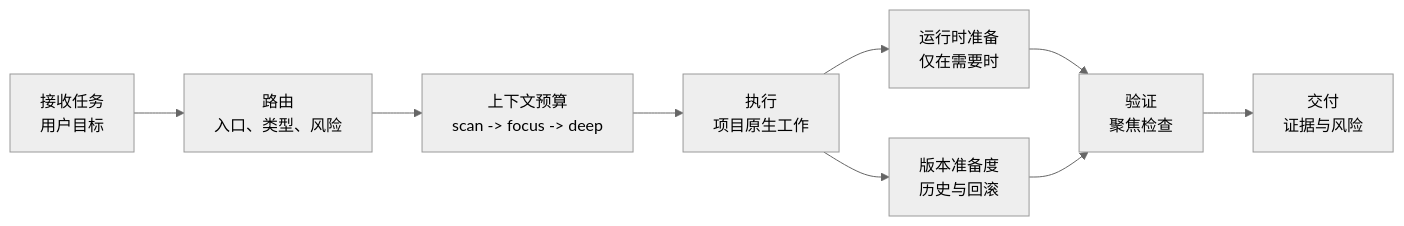
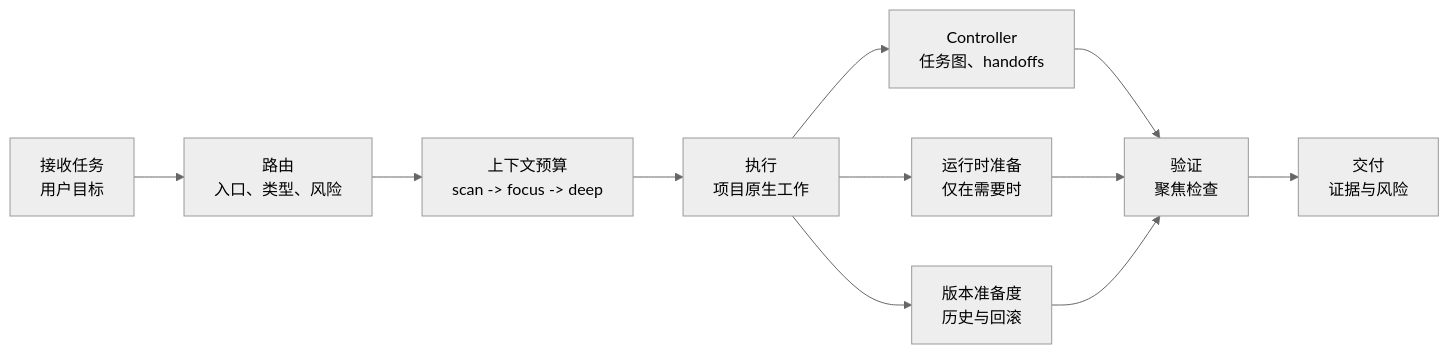
Before and after one commit to GnosiST/omyKit: the diagram in README.zh-CN.md, drawn with Mermaid (neutral theme). The commit also changed other lines of this file and 39 other files, not shown here.

````diff
--- a/README.zh-CN.md
+++ b/README.zh-CN.md
@@ -33,11 +34,13 @@
 ```mermaid
 flowchart LR
     Intake["接收任务<br/>用户目标"] --> Route["路由<br/>入口、类型、风险"]
     Route --> Budget["上下文预算<br/>scan -> focus -> deep"]
     Budget --> Work["执行<br/>项目原生工作"]
+    Work --> Controller["Controller<br/>任务图、handoffs"]
     Work --> Runtime["运行时准备<br/>仅在需要时"]
     Work --> Version["版本准备度<br/>历史与回滚"]
+    Controller --> Verify["验证<br/>聚焦检查"]
     Runtime --> Verify["验证<br/>聚焦检查"]
     Version --> Verify
     Verify --> Deliver["交付<br/>证据与风险"]
 ```
````
